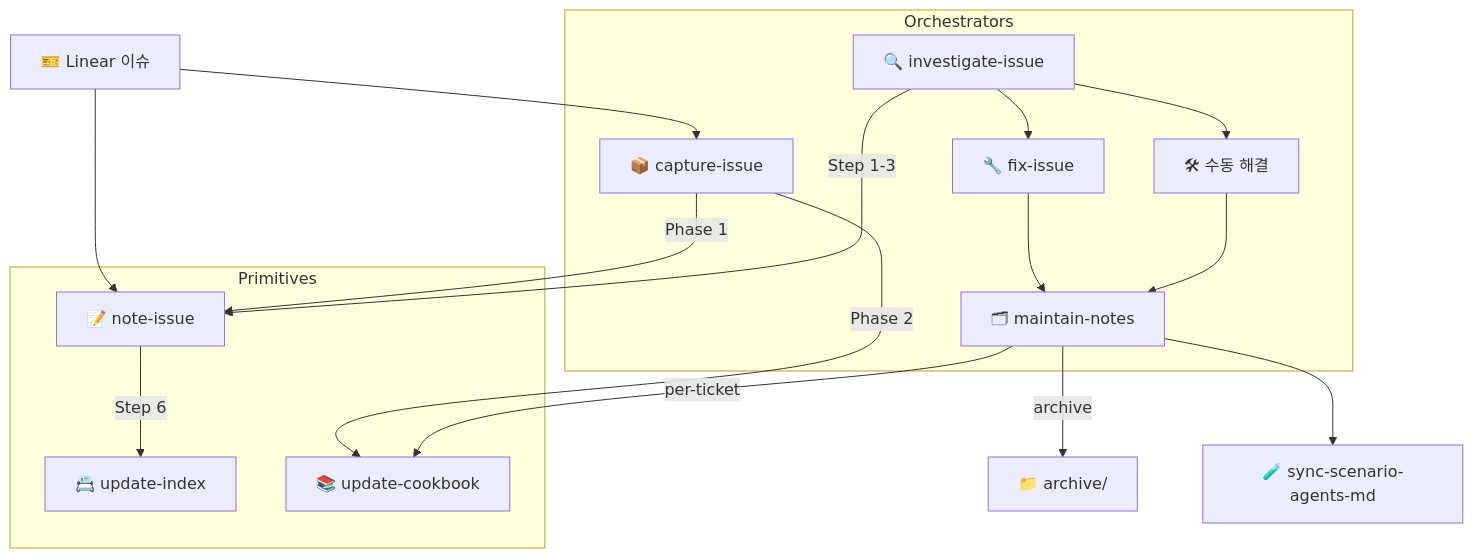
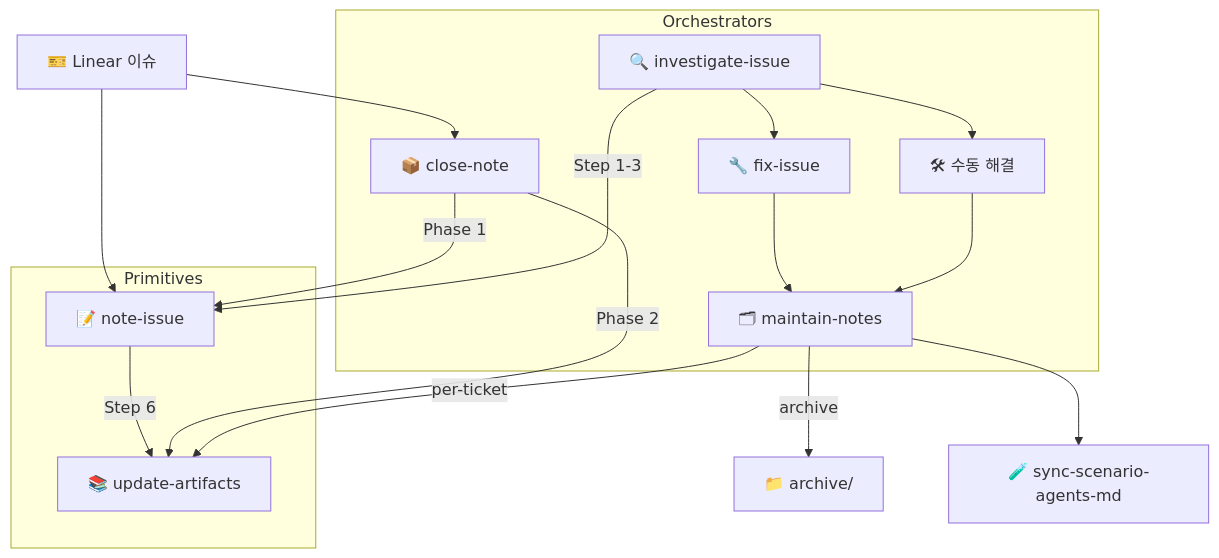
Before and after one commit to flex-team/flex-oncall: the fifth of 5 diagrams in .claude/commands/ops/README.adoc, drawn with Mermaid. The commit also changed other lines of this file and 8 other files, not shown here.

First line of the commit message:
♻️ ops 커맨드 구조 개편: capture-issue → close-note, update-cookbook + update-index → update-artifacts

```diff
--- a/.claude/commands/ops/README.adoc
+++ b/.claude/commands/ops/README.adoc
@@ -337,25 +315,24 @@
 [mermaid]
 ....
 graph TD
-    LI["🎫 Linear 이슈"] --> CI["📦 capture-issue"]
+    LI["🎫 Linear 이슈"] --> CN["📦 close-note"]
     LI --> NI
 
     subgraph "Primitives"
-        NI["📝 note-issue"] -->|"Step 6"| UI["📇 update-index"]
-        UC["📚 update-cookbook"]
+        NI["📝 note-issue"] -->|"Step 6"| UA["📚 update-artifacts"]
     end
 
     subgraph "Orchestrators"
-        CI -->|"Phase 1"| NI
-        CI -->|"Phase 2"| UC
+        CN -->|"Phase 1"| NI
+        CN -->|"Phase 2"| UA
         II["🔍 investigate-issue"] -->|"Step 1-3"| NI
         II --> FI["🔧 fix-issue"]
         II --> MH["🛠 수동 해결"]
-        MN["🗂 maintain-notes"] -->|"per-ticket"| UC
+        MN["🗂 maintain-notes"] -->|"per-ticket"| UA
     end
 
     FI --> MN
     MH --> MN
     MN -->|"archive"| AR["📁 archive/"]
     MN --> SS["🧪 sync-scenario-agents-md"]
 ....
```
